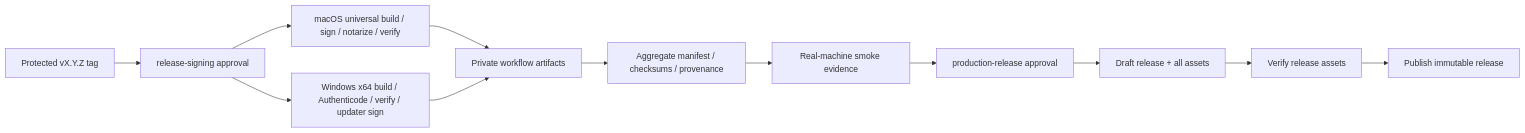
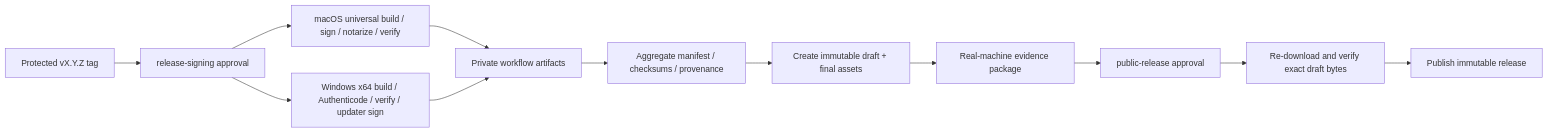
One commit to TheBlindM/QuotaTide changed the diagram in docs/research/release-pipeline.md. Above: the diagram before and after it, drawn with Mermaid. The commit also changed other lines of this file and 17 other files, not shown here.

Commit message:
fix: enforce evidence before release publish

````diff
--- a/docs/research/release-pipeline.md
+++ b/docs/research/release-pipeline.md
@@ -325,14 +325,14 @@
 ```mermaid
 flowchart LR
   A["Protected vX.Y.Z tag"] --> B["release-signing approval"]
   B --> C["macOS universal build / sign / notarize / verify"]
   B --> D["Windows x64 build / Authenticode / verify / updater sign"]
   C --> E["Private workflow artifacts"]
   D --> E
   E --> F["Aggregate manifest / checksums / provenance"]
-  F --> G["Real-machine smoke evidence"]
-  G --> H["production-release approval"]
-  H --> I["Draft release + all assets"]
-  I --> J["Verify release assets"]
+  F --> G["Create immutable draft + final assets"]
+  G --> H["Real-machine evidence package"]
+  H --> I["public-release approval"]
+  I --> J["Re-download and verify exact draft bytes"]
   J --> K["Publish immutable release"]
 ```
````
